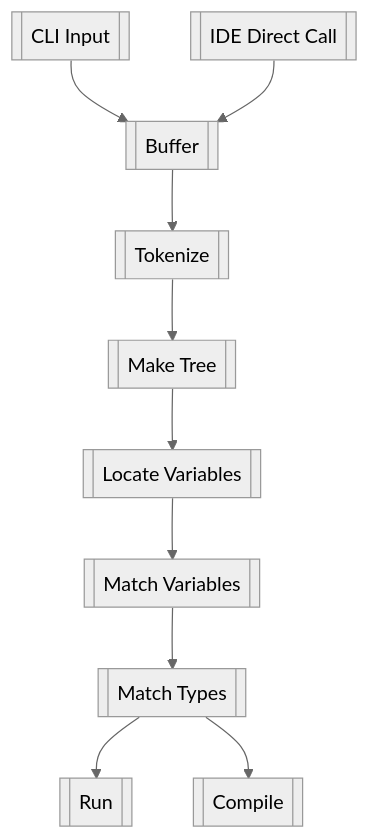
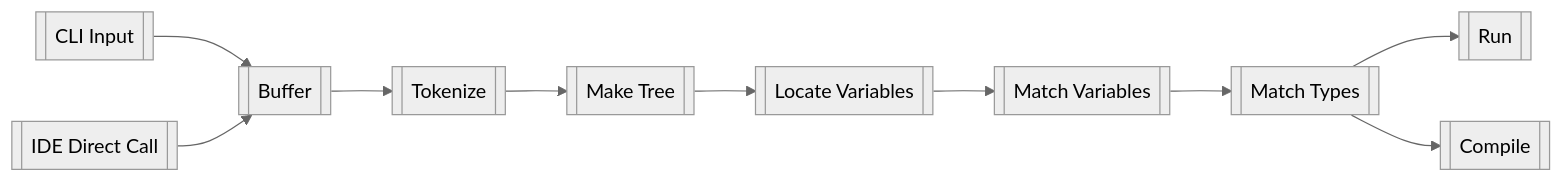
The fifth of 6 diagrams in Implementation.md (Jzhyang1/Monomer), drawn with Mermaid (neutral theme) before and after one commit. The commit also changed other lines of this file, not shown here.

````diff
--- a/Implementation.md
+++ b/Implementation.md
@@ -215,12 +215,12 @@
 ```mermaid
-graph TD
+graph LR
 X[[CLI Input]] --> A
 Y[[IDE Direct Call]] --> A
 A[[Buffer]] --> B[[Tokenize]]
 B --> C[[Make Tree]]
 C --> D[[Locate Variables]]
 D --> E[[Match Variables]]
 E --> F[[Match Types]]
 F --> G[[Run]]
 F --> H[[Compile]]
 ```
````
